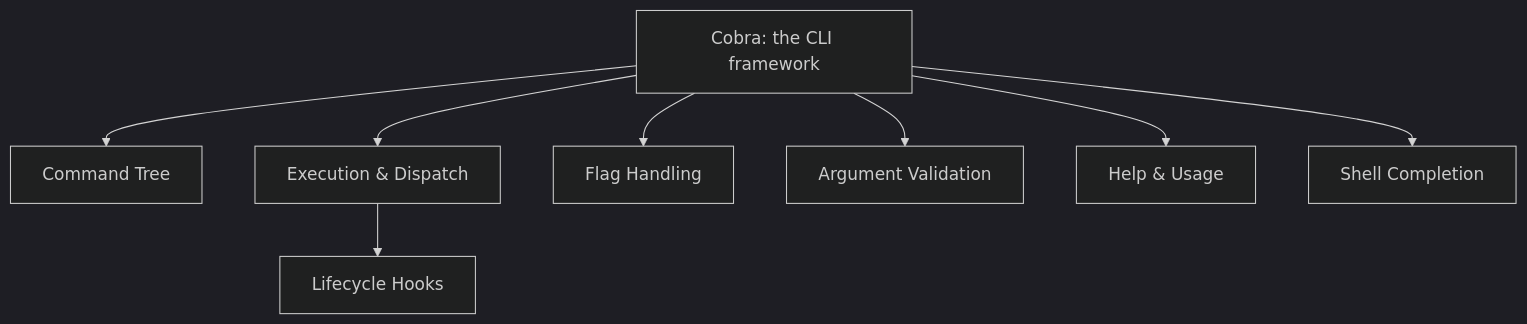
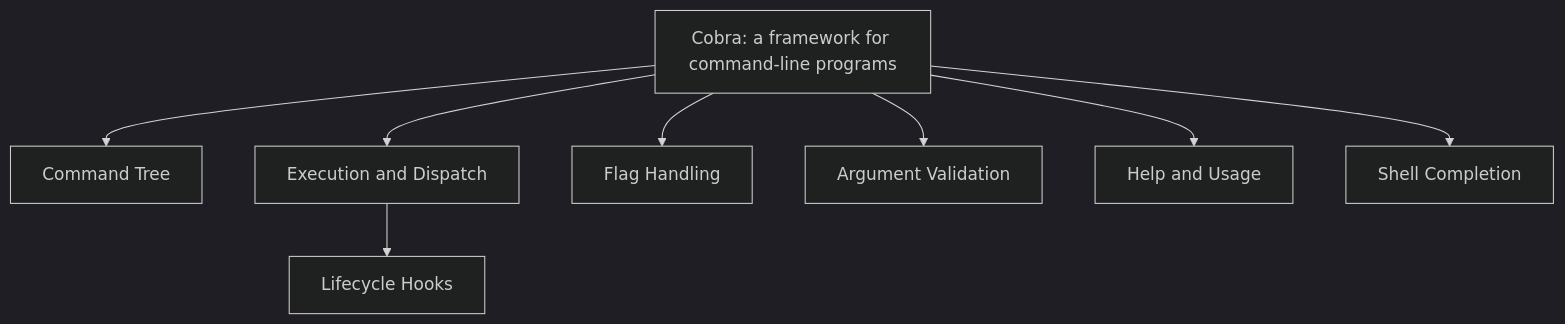
Before and after one commit to KeunwooPark/cluedoc: the first of 2 diagrams in docs/examples/cobra/.cluedoc/README.md, drawn with Mermaid (dark theme). The commit also changed other lines of this file and 22 other files, not shown here.

````diff
--- a/docs/examples/cobra/.cluedoc/README.md
+++ b/docs/examples/cobra/.cluedoc/README.md
@@ -11,11 +12,11 @@
 ```mermaid
 flowchart TD
-    ROOT["Cobra: the CLI framework"]
+    ROOT["Cobra: a framework for command-line programs"]
     ROOT --> TREE["Command Tree"]
-    ROOT --> EXEC["Execution & Dispatch"]
+    ROOT --> EXEC["Execution and Dispatch"]
     ROOT --> FLAGS["Flag Handling"]
     ROOT --> ARGS["Argument Validation"]
-    ROOT --> HELP["Help & Usage"]
+    ROOT --> HELP["Help and Usage"]
     ROOT --> COMP["Shell Completion"]
     EXEC --> HOOKS["Lifecycle Hooks"]
 ```
````
